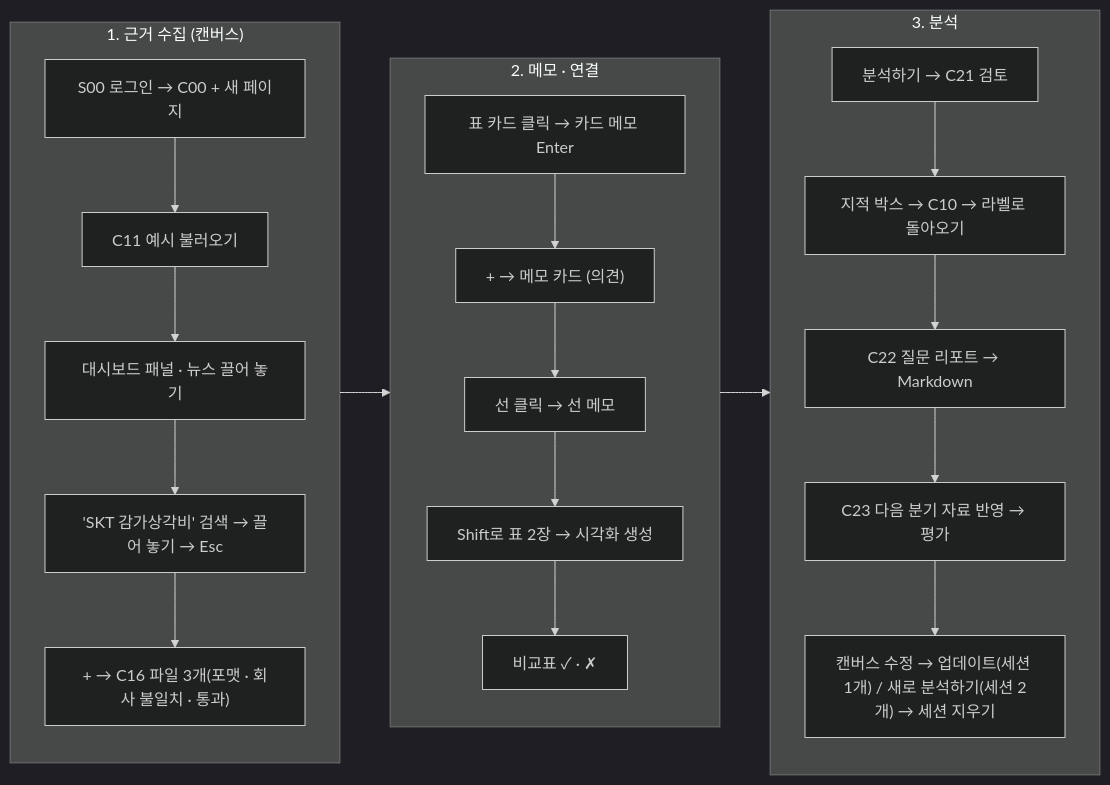
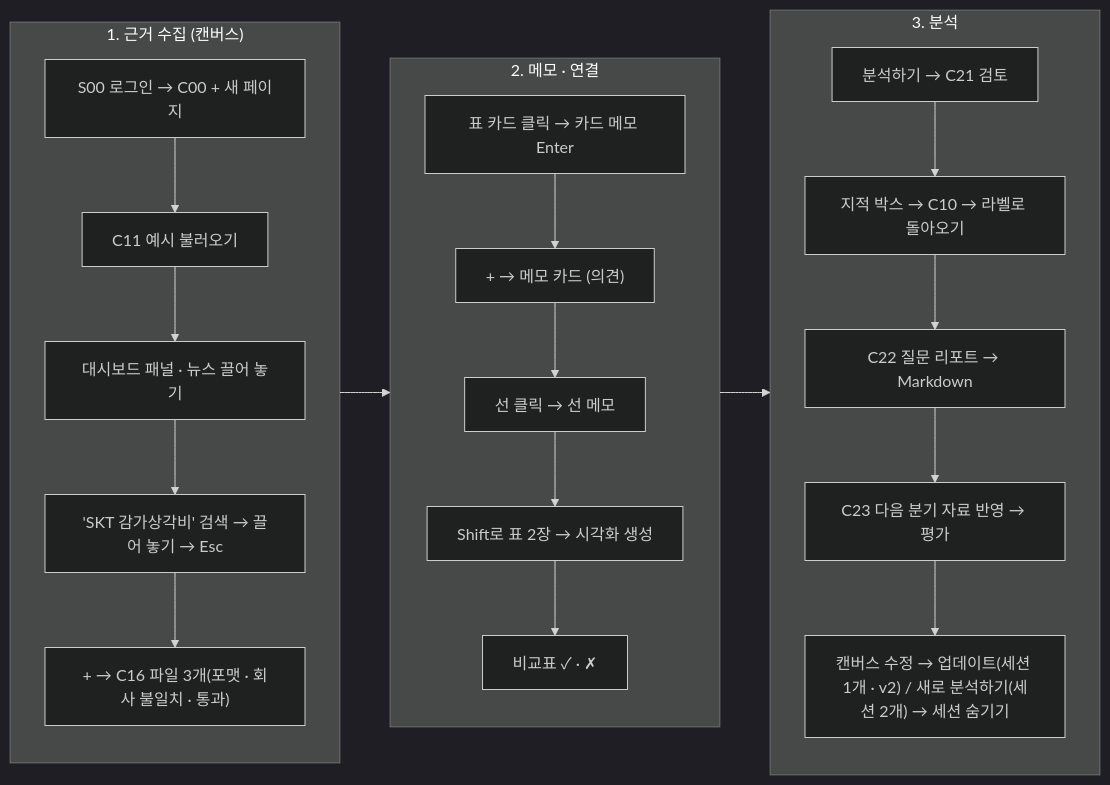
The seventh of 7 diagrams in docs/frontend/ia.md (vamos-team/telescope), drawn with Mermaid (dark theme) before and after one commit. The commit also changed other lines of this file and 12 other files, not shown here.

````diff
--- a/docs/frontend/ia.md
+++ b/docs/frontend/ia.md
@@ -481,13 +482,13 @@
 ```mermaid
 flowchart LR
   subgraph D1["1. 근거 수집 (캔버스)"]
     a["S00 로그인 → C00 + 새 페이지"] --> b["C11 예시 불러오기"] --> c["대시보드 패널 · 뉴스 끌어 놓기"] --> c2["'SKT 감가상각비' 검색 → 끌어 놓기 → Esc"] --> d["+ → C16 파일 3개(포맷 · 회사 불일치 · 통과)"]
   end
   subgraph D2["2. 메모 · 연결"]
     e["표 카드 클릭 → 카드 메모 Enter"] --> f["+ → 메모 카드 (의견)"] --> g["선 클릭 → 선 메모"] --> h["Shift로 표 2장 → 시각화 생성"] --> h2["비교표 ✓ · ✗"]
   end
   subgraph D3["3. 분석"]
-    i["분석하기 → C21 검토"] --> j["지적 박스 → C10 → 라벨로 돌아오기"] --> k["C22 질문 리포트 → Markdown"] --> l["C23 다음 분기 자료 반영 → 평가"] --> m["캔버스 수정 → 업데이트(세션 1개) / 새로 분석하기(세션 2개) → 세션 지우기"]
+    i["분석하기 → C21 검토"] --> j["지적 박스 → C10 → 라벨로 돌아오기"] --> k["C22 질문 리포트 → Markdown"] --> l["C23 다음 분기 자료 반영 → 평가"] --> m["캔버스 수정 → 업데이트(세션 1개 · v2) / 새로 분석하기(세션 2개) → 세션 숨기기"]
   end
   D1 --> D2 --> D3
 ```
````
